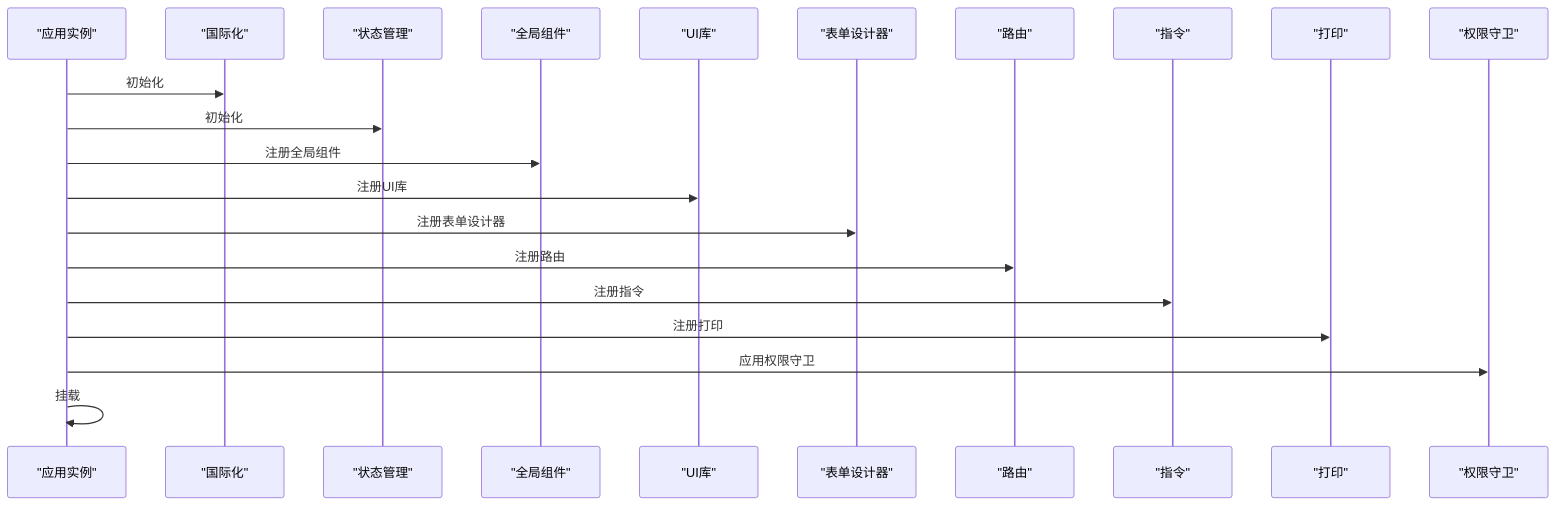
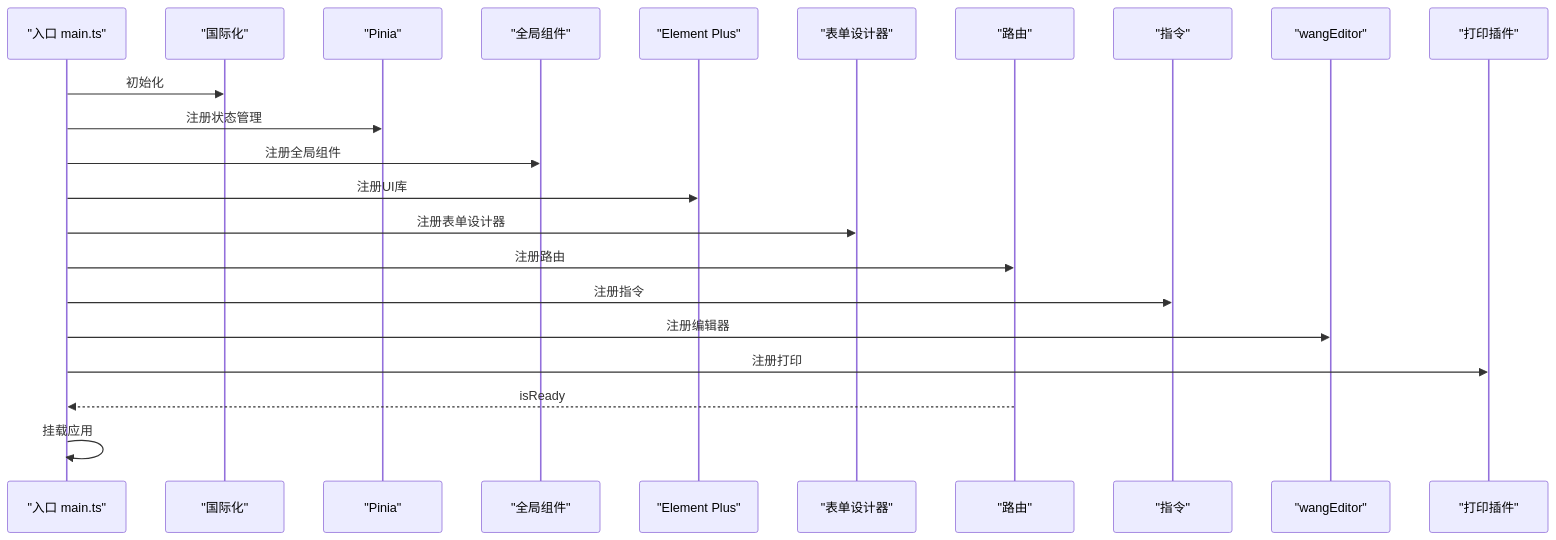
Before and after one commit to zhuangpengLI/AgenticCPS: the third of 6 diagrams in .qoder/repowiki/zh/content/前端应用架构/前端应用架构.md, drawn with Mermaid. The commit also changed other lines of this file and 293 other files, not shown here.

````diff
--- a/.qoder/repowiki/zh/content/前端应用架构/前端应用架构.md
+++ b/.qoder/repowiki/zh/content/前端应用架构/前端应用架构.md
@@ -177,23 +171,24 @@
 ```mermaid
 sequenceDiagram
-participant App as "应用实例"
-participant I18n as "国际化"
-participant Store as "状态管理"
-participant Comp as "全局组件"
-participant UI as "UI库"
+participant Entry as "入口 main.ts"
+participant I18N as "国际化"
+participant Store as "Pinia"
+participant Comps as "全局组件"
+participant UI as "Element Plus"
 participant Form as "表单设计器"
 participant Router as "路由"
 participant Dir as "指令"
-participant Print as "打印"
-participant Guard as "权限守卫"
-App->>I18n : 初始化
-App->>Store : 初始化
-App->>Comp : 注册全局组件
-App->>UI : 注册UI库
-App->>Form : 注册表单设计器
-App->>Router : 注册路由
-App->>Dir : 注册指令
-App->>Print : 注册打印
-App->>Guard : 应用权限守卫
-App->>App : 挂载
+participant Editor as "wangEditor"
+participant Print as "打印插件"
+Entry->>I18N : 初始化
+Entry->>Store : 注册状态管理
+Entry->>Comps : 注册全局组件
+Entry->>UI : 注册UI库
+Entry->>Form : 注册表单设计器
+Entry->>Router : 注册路由
+Entry->>Dir : 注册指令
+Entry->>Editor : 注册编辑器
+Entry->>Print : 注册打印
+Router-->>Entry : isReady
+Entry->>Entry : 挂载应用
 ```
````
